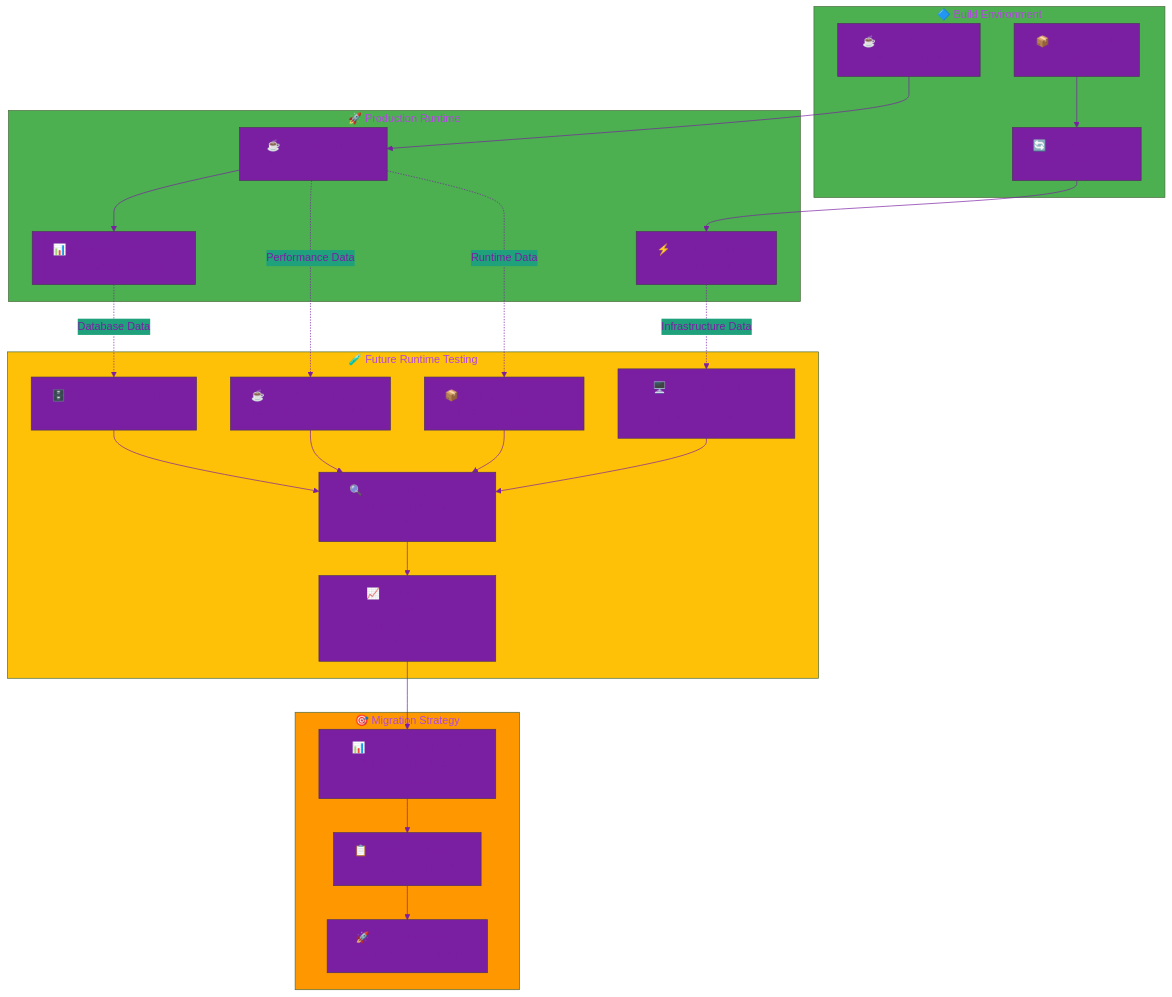
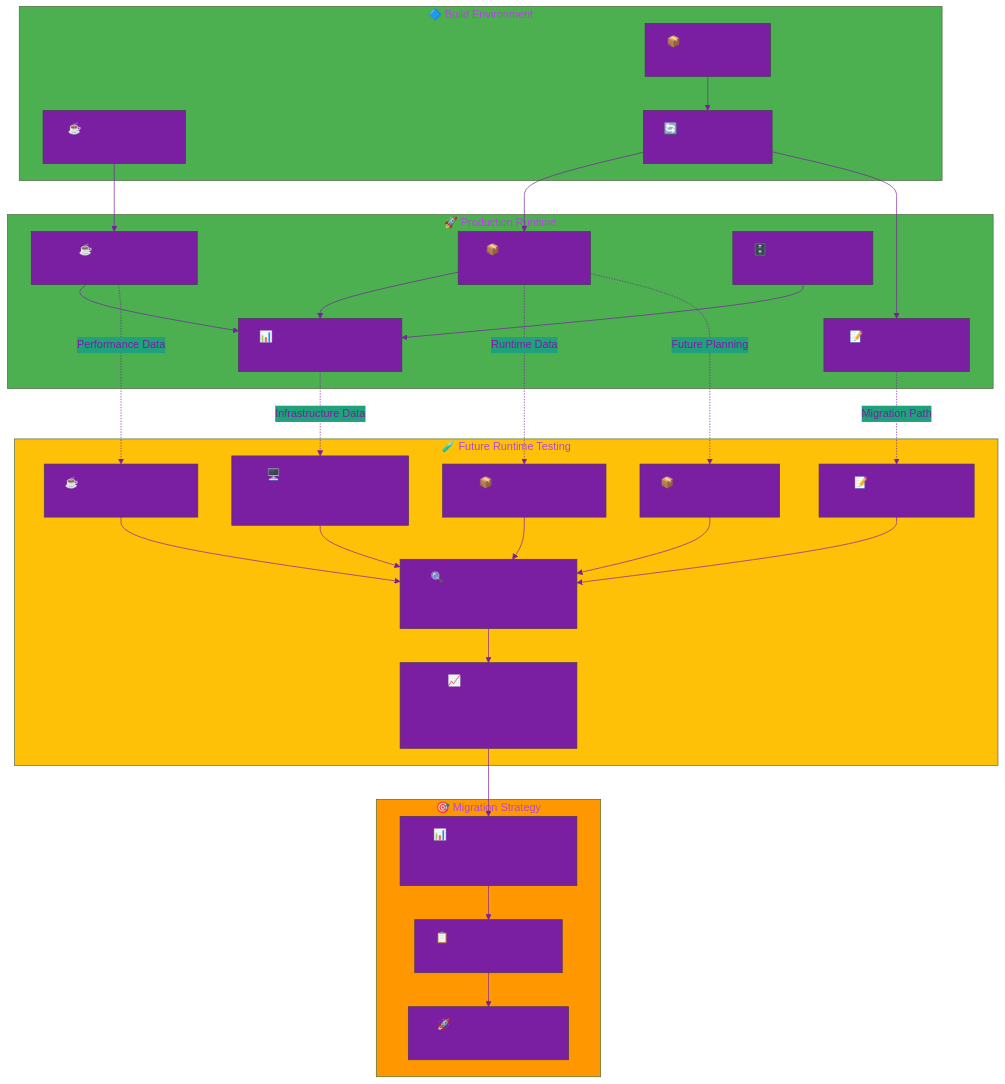
One commit to Hack23/ISMS-PUBLIC changed the fifth of 6 diagrams in Vulnerability_Management.md. Above: the diagram before and after it, drawn with Mermaid. The commit also changed other lines of this file, not shown here.

Commit message:
update version

````diff
--- a/Vulnerability_Management.md
+++ b/Vulnerability_Management.md
@@ -526,64 +784,72 @@
 ```mermaid
 %%{
   init: {
     'theme': 'base',
     'themeVariables': {
       'primaryColor': '#7B1FA2',
       'primaryTextColor': '#7B1FA2',
       'lineColor': '#7B1FA2'
     }
   }
 }%%
 flowchart TB
     subgraph BUILD["🔷 Build Environment"]
         BUILD_JAVA["☕ Corretto 21 LTS<br/>Stable Build Platform"]
         BUILD_MAVEN["📦 Maven Builds<br/>LTS Compatibility"]
         BUILD_CI["🔄 CI/CD Pipeline<br/>Build Consistency"]
     end
     
     subgraph PROD["🚀 Production Runtime"]
-        PROD_JAVA["☕ Corretto 25 LTS<br/>Latest LTS Production"]
-        PROD_LAMBDA["⚡ Lambda Runtime<br/>Latest Features"]
+        PROD_JAVA["☕ Corretto 26<br/>Latest Feature Production"]
+        PROD_NODE["📦 Node.js 25.x<br/>Current Production"]
+        PROD_TS["📝 TypeScript 5.9.x<br/>Type-Safe Production"]
+        PROD_PG["🗄️ PostgreSQL 18.x<br/>Latest Major Version"]
         PROD_MONITOR["📊 Production Monitoring<br/>Performance Tracking"]
     end
     
     subgraph TESTING["🧪 Future Runtime Testing"]
-        TEST_JAVA26["☕ Corretto 26+ Preview<br/>Next Release Candidate"]
-        TEST_NODE26["📦 Node.js 26.x Preview<br/>Next Even Release"]
+        TEST_JAVA27["☕ Corretto 27 Preview<br/>Next Feature Release"]
+        TEST_NODE26["📦 Node.js 26 LTS<br/>Imminent Upgrade Target"]
+        TEST_NODE27["📦 Node.js 27 Alpha<br/>New Release Model"]
+        TEST_TS6["📝 TypeScript 6.x<br/>Major Version Migration"]
         TEST_UBUNTU26["🖥️ Ubuntu 26.04 LTS Preview<br/>Next LTS Candidate"]
-        TEST_PG18["🗄️ PostgreSQL 18.x Beta<br/>Next Major Version"]
         TEST_COMPAT["🔍 Compatibility Testing<br/>Build and Runtime Validation"]
         TEST_PERF["📈 Performance Benchmarks<br/>Current vs Next Comparison"]
     end
     
     subgraph MIGRATION["🎯 Migration Strategy"]
         ASSESS["📊 Assessment Report<br/>Build and Runtime Readiness"]
         PLAN["📋 Migration Planning<br/>Coordinated Upgrade"]
         EXECUTE["🚀 Controlled Rollout<br/>Build First Then Runtime"]
     end
     
     BUILD_JAVA --> PROD_JAVA
     BUILD_MAVEN --> BUILD_CI
-    BUILD_CI --> PROD_LAMBDA
+    BUILD_CI --> PROD_NODE
+    BUILD_CI --> PROD_TS
     PROD_JAVA --> PROD_MONITOR
+    PROD_NODE --> PROD_MONITOR
+    PROD_PG --> PROD_MONITOR
     
-    PROD_JAVA -.->|Performance Data| TEST_JAVA26
-    PROD_JAVA -.->|Runtime Data| TEST_NODE26
-    PROD_LAMBDA -.->|Infrastructure Data| TEST_UBUNTU26
-    PROD_MONITOR -.->|Database Data| TEST_PG18
+    PROD_JAVA -.->|Performance Data| TEST_JAVA27
+    PROD_NODE -.->|Runtime Data| TEST_NODE26
+    PROD_NODE -.->|Future Planning| TEST_NODE27
+    PROD_TS -.->|Migration Path| TEST_TS6
+    PROD_MONITOR -.->|Infrastructure Data| TEST_UBUNTU26
     
-    TEST_JAVA26 --> TEST_COMPAT
+    TEST_JAVA27 --> TEST_COMPAT
     TEST_NODE26 --> TEST_COMPAT
+    TEST_NODE27 --> TEST_COMPAT
+    TEST_TS6 --> TEST_COMPAT
     TEST_UBUNTU26 --> TEST_COMPAT
-    TEST_PG18 --> TEST_COMPAT
     TEST_COMPAT --> TEST_PERF
     TEST_PERF --> ASSESS
     
     ASSESS --> PLAN
     PLAN --> EXECUTE
     
     style BUILD fill:#4CAF50
     style PROD fill:#4CAF50
     style TESTING fill:#FFC107
     style MIGRATION fill:#FF9800
 ```
````
